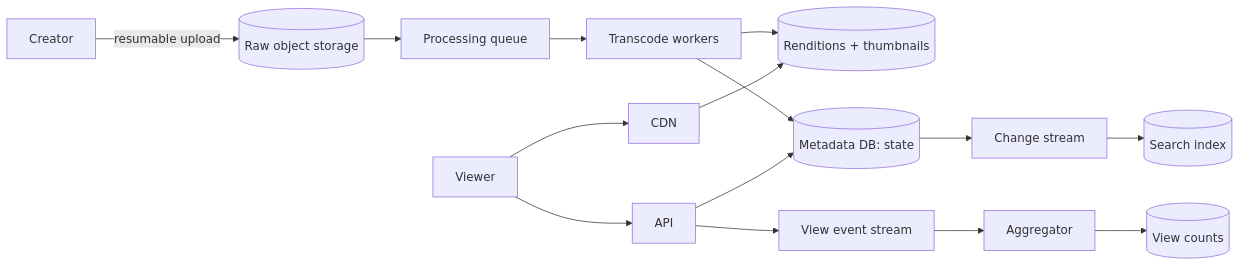
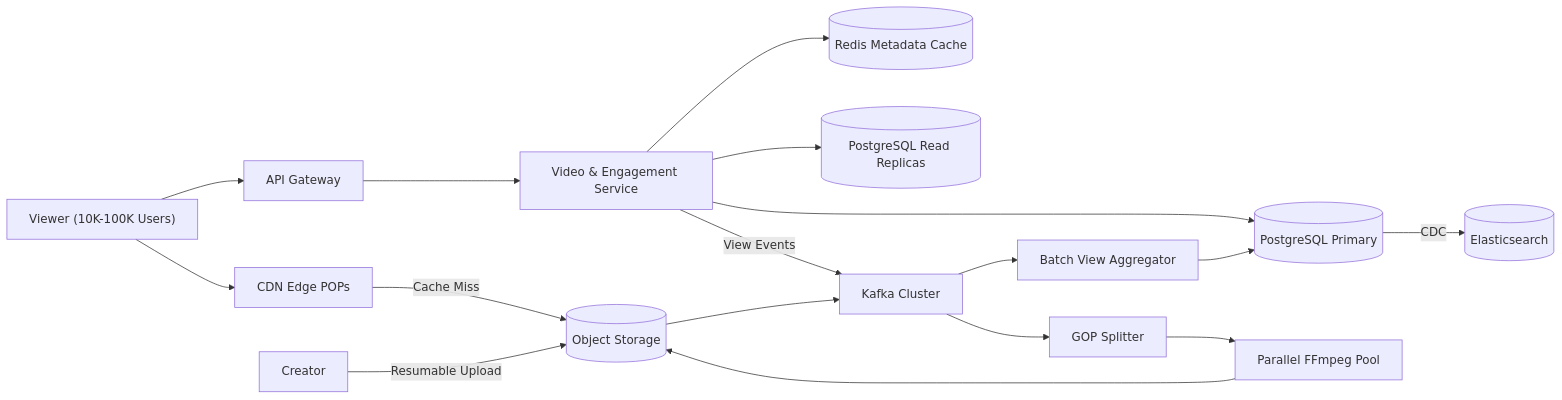
One commit to TapanKumarBarik/Backend-roadmap changed the second of 4 diagrams in content/system-design/22-interview-design-problems/11-youtube-like-service/README.md. Above: the diagram before and after it, drawn with Mermaid. The commit also changed other lines of this file and 37 other files, not shown here.

Commit message:
Upgrade Track 22 (37 interview design problems) with scale-by-scale architecture evolution

````diff
--- a/content/system-design/22-interview-design-problems/11-youtube-like-service/README.md
+++ b/content/system-design/22-interview-design-problems/11-youtube-like-service/README.md
@@ -110,10 +154,16 @@
 ```mermaid
 flowchart LR
-  U["Creator"] -- "resumable upload" --> RAW[("Raw object storage")]
-  RAW --> Q["Processing queue"] --> TW["Transcode workers"] --> REN[("Renditions + thumbnails")]
-  TW --> M[("Metadata DB: state")]
-  V["Viewer"] --> CDN["CDN"] --> REN
-  V --> API["API"] --> M
-  API --> VS["View event stream"] --> AG["Aggregator"] --> CT[("View counts")]
-  M --> CDC["Change stream"] --> SI[("Search index")]
+  V["Viewer (10K-100K Users)"] --> CDN["CDN Edge POPs"]
+  CDN -- "Cache Miss" --> S3[("Object Storage")]
+  V --> GW["API Gateway"]
+  GW --> API["Video & Engagement Service"]
+  API --> REDIS[("Redis Metadata Cache")]
+  API --> PGR[("PostgreSQL Read Replicas")]
+  API --> PGW[("PostgreSQL Primary")]
+  PGW -- "CDC" --> ES[("Elasticsearch")]
+  API -- "View Events" --> K["Kafka Cluster"]
+  K --> AGG["Batch View Aggregator"] --> PGW
+  C["Creator"] -- "Resumable Upload" --> S3
+  S3 --> K
+  K --> SPL["GOP Splitter"] --> TW["Parallel FFmpeg Pool"] --> S3
 ```
````
